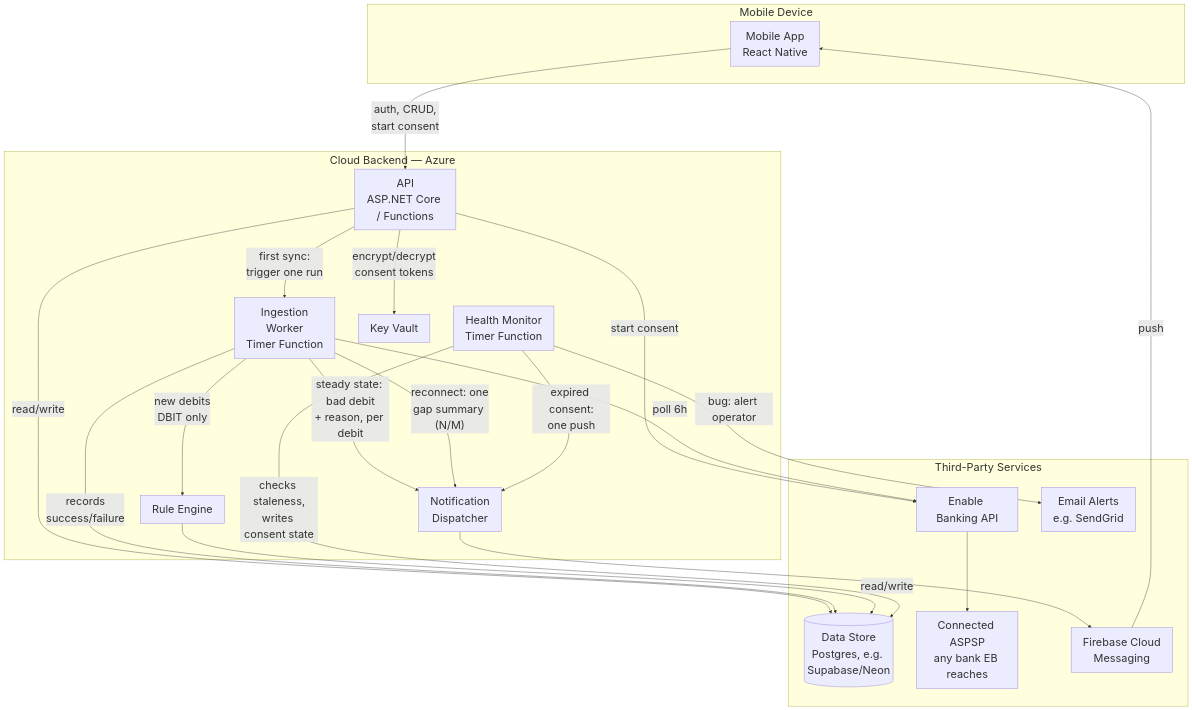
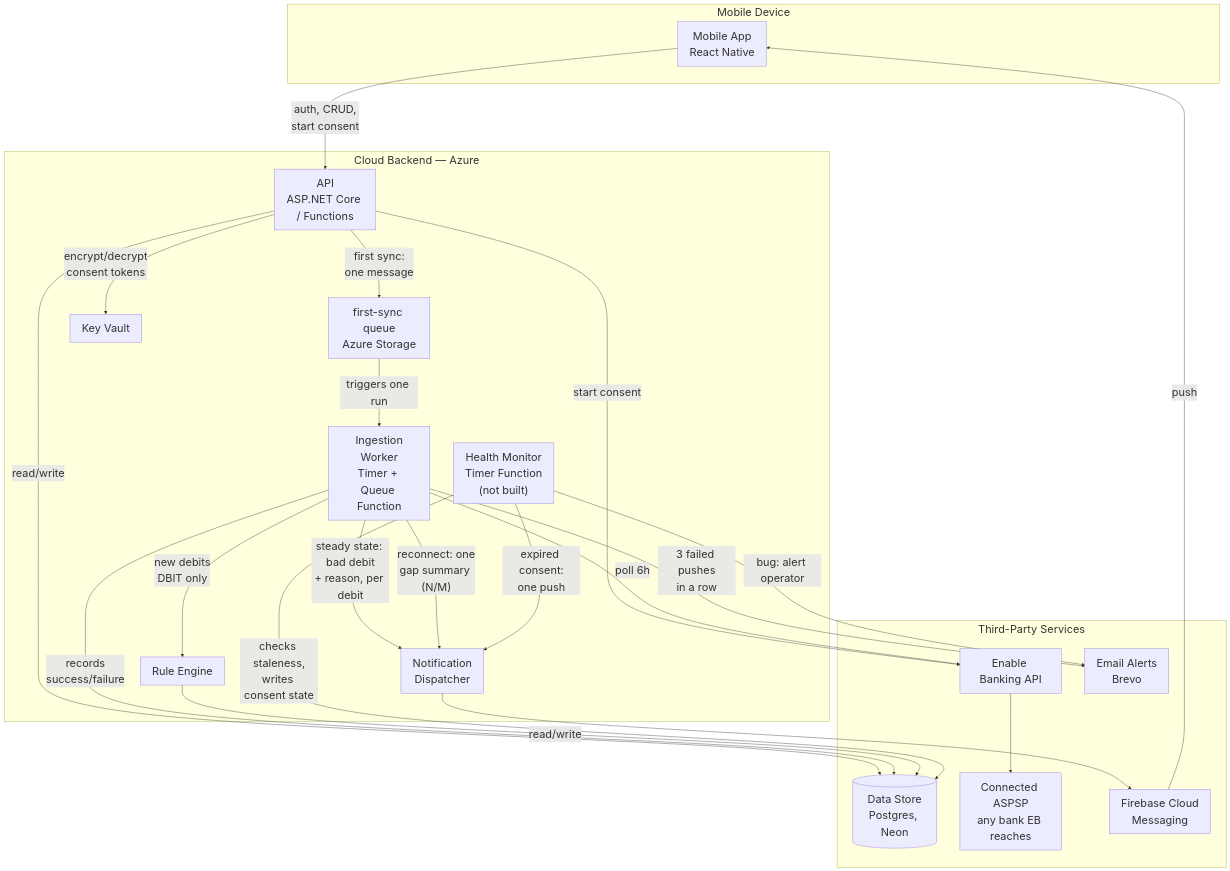
One commit to adrachnev/greedy-nose changed the first of 2 diagrams in ARCHITECTURE.md. Above: the diagram before and after it, drawn with Mermaid. The commit also changed other lines of this file, not shown here.

First line of the commit message:
Docs cleanup step 4: ARCHITECTURE.md matches the as-built system (gn-tn2)

````diff
--- a/ARCHITECTURE.md
+++ b/ARCHITECTURE.md
@@ -10,61 +11,67 @@
 ```mermaid
 %%{init: {'themeVariables': {'fontSize': '28px'}, 'flowchart': {'nodeSpacing': 60, 'rankSpacing': 90}}}%%
 flowchart TB
     subgraph Mobile["Mobile Device"]
         App["Mobile App
 React Native"]
     end
 
     subgraph Backend["Cloud Backend — Azure"]
         API["API
 ASP.NET Core / Functions"]
         Ingest["Ingestion
 Worker
-Timer Function"]
+Timer + Queue Function"]
         Health["Health Monitor
-Timer Function"]
+Timer Function
+(not built)"]
+        Queue["first-sync queue
+Azure Storage"]
         Rules["Rule Engine"]
         Notify["Notification
 Dispatcher"]
         KV["Key Vault"]
     end
 
     subgraph ThirdParty["Third-Party Services"]
         DB[("Data Store
-Postgres, e.g. Supabase/Neon")]
+Postgres, Neon")]
         EB["Enable Banking API"]
         Bank["Connected ASPSP
 any bank EB reaches"]
         FCM["Firebase Cloud
 Messaging"]
         Email["Email Alerts
-e.g. SendGrid"]
+Brevo"]
     end
 
     App -- "auth, CRUD,
 start consent" --> API
     API -- "read/write" --> DB
     API -- "encrypt/decrypt
 consent tokens" --> KV
     API -- "start consent" --> EB
     Ingest -- "poll 6h" --> EB
     API -- "first sync:
-trigger one run" --> Ingest
+one message" --> Queue
+    Queue -- "triggers one run" --> Ingest
     EB --> Bank
     Ingest -- "new debits
 DBIT only" --> Rules
     Ingest -- "records
 success/failure" --> DB
     Rules -- "read/write" --> DB
     Ingest -- "steady state: bad debit
 + reason, per debit" --> Notify
     Ingest -- "reconnect: one
 gap summary (N/M)" --> Notify
     Notify --> FCM
     FCM -- push --> App
     Health -- "checks staleness,
 writes consent state" --> DB
+    Ingest -- "3 failed pushes
+in a row" --> Email
     Health -- "bug: alert operator" --> Email
     Health -- "expired consent:
 one push" --> Notify
 ```
````
